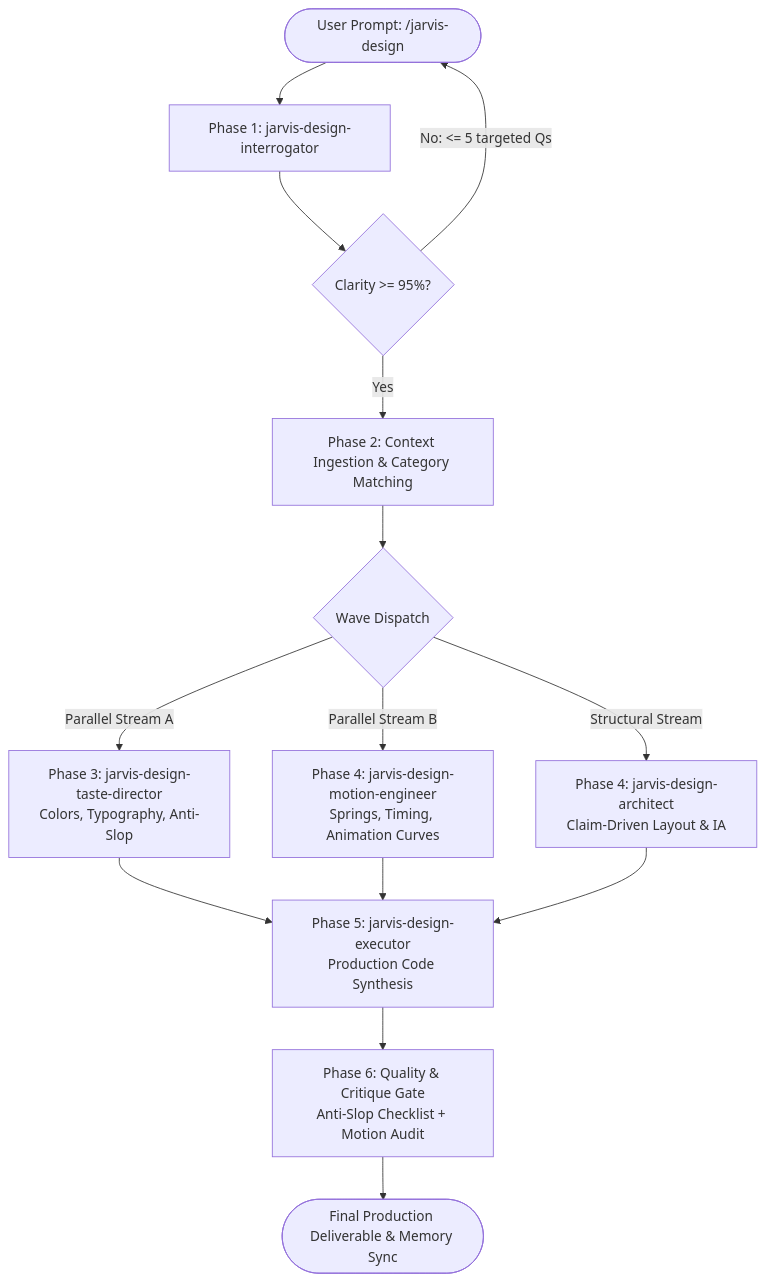
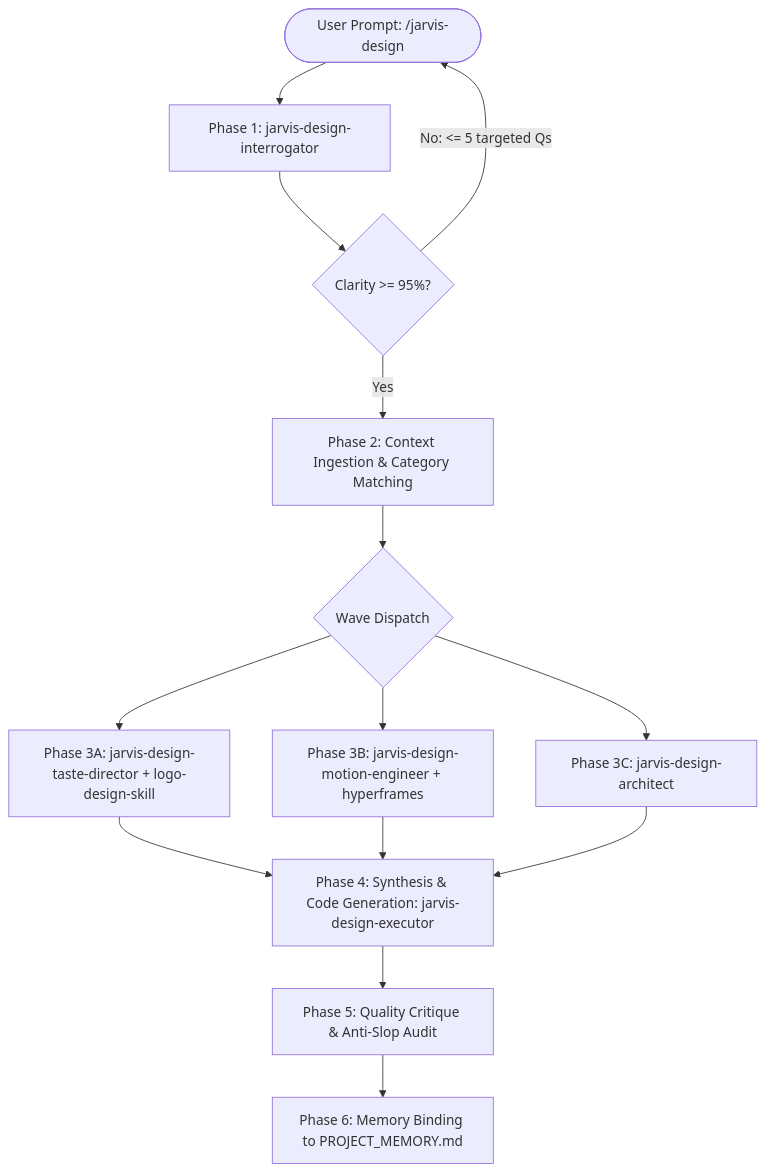
One commit to mobicodevn/jarvis-matrix changed the diagram in skills/jarvis-design/SKILL.md. Above: the diagram before and after it, drawn with Mermaid. The commit also changed other lines of this file and 68 other files, not shown here.

````diff
--- a/skills/jarvis-design/SKILL.md
+++ b/skills/jarvis-design/SKILL.md
@@ -74,16 +80,16 @@
 ```mermaid
 graph TD
     User([User Prompt: /jarvis-design]) --> P1[Phase 1: jarvis-design-interrogator]
     P1 --> Gate{Clarity >= 95%?}
     Gate -- No: <= 5 targeted Qs --> User
     Gate -- Yes --> P2[Phase 2: Context Ingestion & Category Matching]
     P2 --> ParallelHandoff{Wave Dispatch}
-    ParallelHandoff -->|Parallel Stream A| P3A[Phase 3: jarvis-design-taste-director<br/>Colors, Typography, Anti-Slop]
-    ParallelHandoff -->|Parallel Stream B| P3B[Phase 4: jarvis-design-motion-engineer<br/>Springs, Timing, Animation Curves]
-    ParallelHandoff -->|Structural Stream| P3C[Phase 4: jarvis-design-architect<br/>Claim-Driven Layout & IA]
-    P3A --> P5[Phase 5: jarvis-design-executor<br/>Production Code Synthesis]
-    P3B --> P5
-    P3C --> P5
-    P5 --> P6[Phase 6: Quality & Critique Gate<br/>Anti-Slop Checklist + Motion Audit]
-    P6 --> Delivery([Final Production Deliverable & Memory Sync])
+    ParallelHandoff --> P3A[Phase 3A: jarvis-design-taste-director + logo-design-skill]
+    ParallelHandoff --> P3B[Phase 3B: jarvis-design-motion-engineer + hyperframes]
+    ParallelHandoff --> P3C[Phase 3C: jarvis-design-architect]
+    P3A --> P4[Phase 4: Synthesis & Code Generation: jarvis-design-executor]
+    P3B --> P4
+    P3C --> P4
+    P4 --> P5[Phase 5: Quality Critique & Anti-Slop Audit]
+    P5 --> P6[Phase 6: Memory Binding to PROJECT_MEMORY.md]
 ```
````
